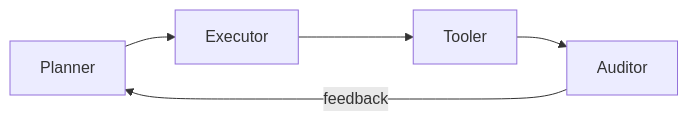
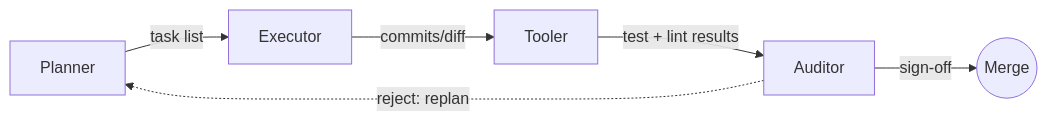
The third of 10 diagrams in UNT/dark_factory.md (jh125486/presentations), drawn with Mermaid before and after one commit. The commit also changed other lines of this file, not shown here.

First line of the commit message:
add SSDLC-to-dark-factory diagram and expand mermaid coverage

````diff
--- a/UNT/dark_factory.md
+++ b/UNT/dark_factory.md
@@ -179,5 +221,6 @@
 ```mermaid
 flowchart LR
-  Planner --> Executor --> Tooler --> Auditor
-  Auditor -- feedback --> Planner
+  Planner -->|task list| Executor -->|commits/diff| Tooler -->|test + lint results| Auditor
+  Auditor -.->|reject: replan| Planner
+  Auditor -->|sign-off| Merge(("Merge"))
 ```
````
